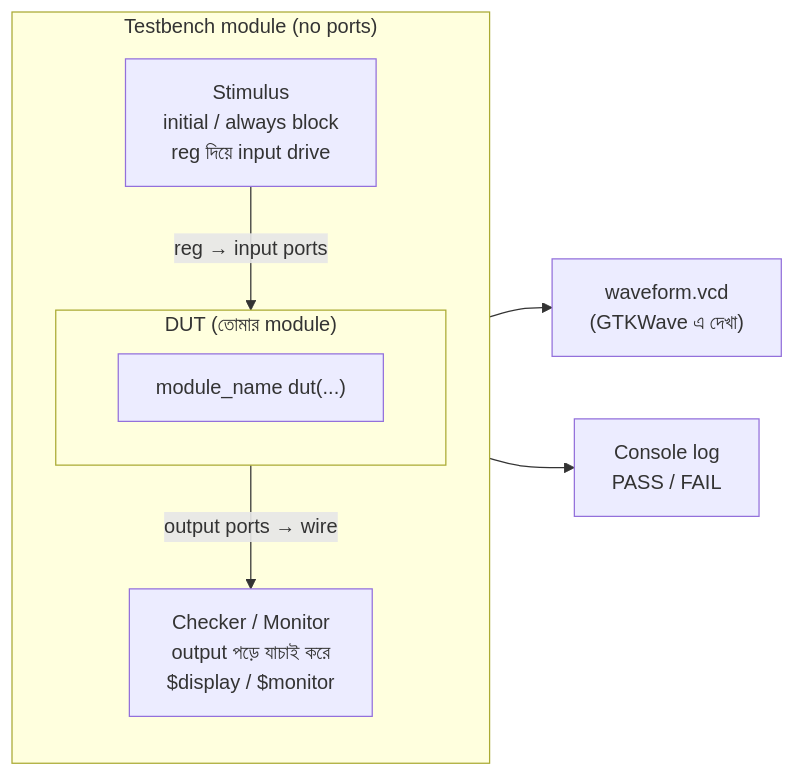
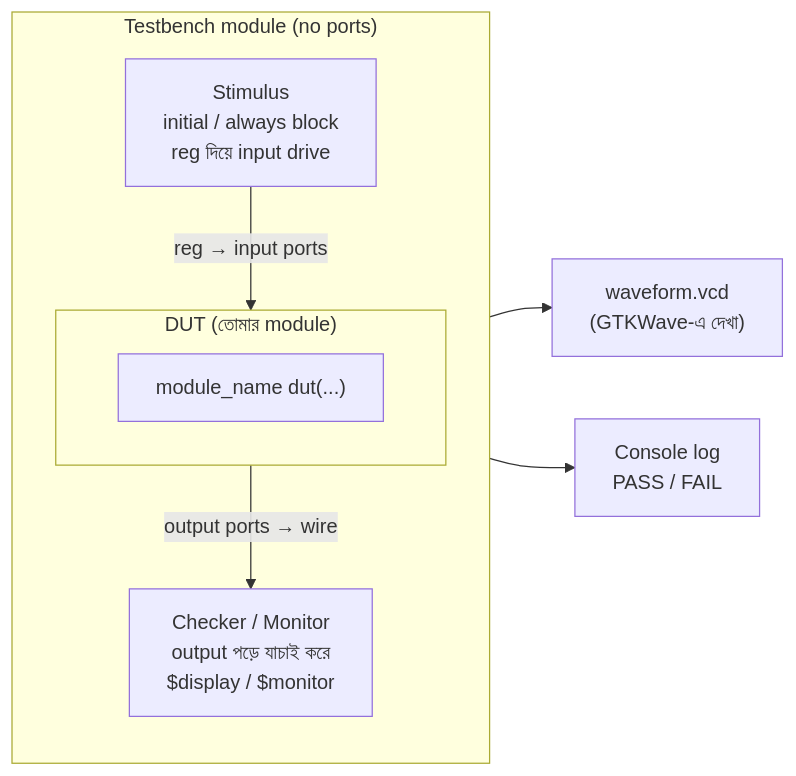
The first of 2 diagrams in chapters/Chapter_07_Testbenches.md (akram02/build-your-own-processor), drawn with Mermaid before and after one commit. The commit also changed other lines of this file and 16 other files, not shown here.

````diff
--- a/chapters/Chapter_07_Testbenches.md
+++ b/chapters/Chapter_07_Testbenches.md
@@ -122,14 +122,14 @@
 ```mermaid
 flowchart LR
     subgraph TB["Testbench module (no ports)"]
         STIM["Stimulus<br/>initial / always block<br/>reg দিয়ে input drive"]
         MON["Checker / Monitor<br/>output পড়ে যাচাই করে<br/>$display / $monitor"]
         subgraph DUTBOX["DUT (তোমার module)"]
             DUT["module_name dut(...)"]
         end
         STIM -- "reg → input ports" --> DUTBOX
         DUTBOX -- "output ports → wire" --> MON
     end
-    TB --> VCD["waveform.vcd<br/>(GTKWave এ দেখা)"]
+    TB --> VCD["waveform.vcd<br/>(GTKWave-এ দেখা)"]
     TB --> LOG["Console log<br/>PASS / FAIL"]
 ```
````
